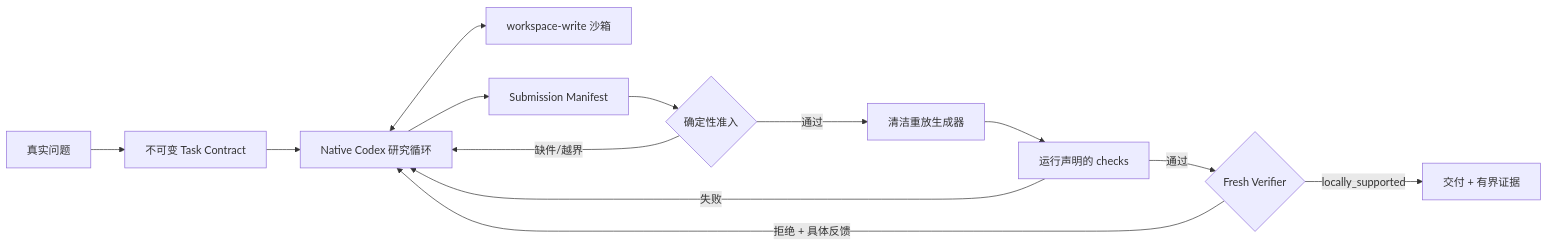
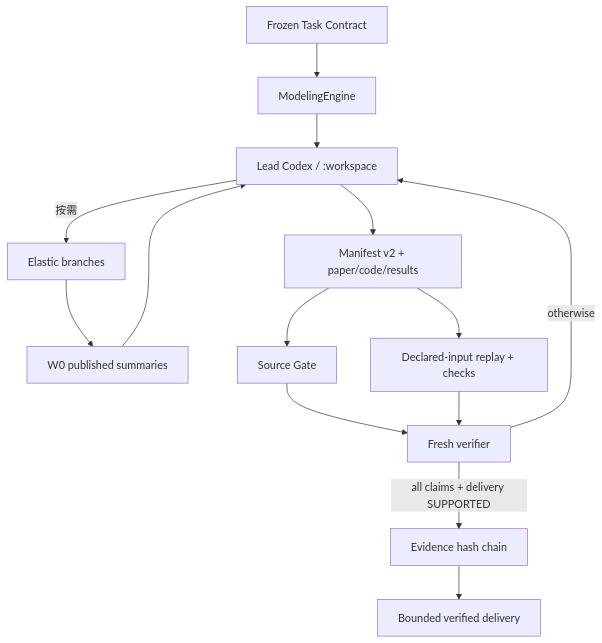
The diagram in docs/architecture/THIN_MODELING_AGENT.md (zx070326-hash/fma-trusted-modeling-agent), drawn with Mermaid before and after one commit. The commit also changed other lines of this file and 19 other files, not shown here.

Commit message:
Refactor THIN around open modeling and evidence authority

````diff
--- a/docs/architecture/THIN_MODELING_AGENT.md
+++ b/docs/architecture/THIN_MODELING_AGENT.md
@@ -25,15 +17,16 @@
 ```mermaid
-flowchart LR
-    U["真实问题"] --> C["不可变 Task Contract"]
-    C --> R["Native Codex 研究循环"]
-    R <--> W["workspace-write 沙箱"]
-    R --> M["Submission Manifest"]
-    M --> D{"确定性准入"}
-    D -->|"缺件/越界"| R
-    D -->|"通过"| P["清洁重放生成器"]
-    P --> K["运行声明的 checks"]
-    K -->|"失败"| R
-    K -->|"通过"| V{"Fresh Verifier"}
-    V -->|"拒绝 + 具体反馈"| R
-    V -->|"locally_supported"| E["交付 + 有界证据"]
+flowchart TD
+    T["Frozen Task Contract"] --> E["ModelingEngine"]
+    E --> L["Lead Codex / :workspace"]
+    L -->|"按需"| B["Elastic branches"]
+    B --> K["W0 published summaries"]
+    K --> L
+    L --> M["Manifest v2 + paper/code/results"]
+    M --> SG["Source Gate"]
+    M --> RP["Declared-input replay + checks"]
+    SG --> FV["Fresh verifier"]
+    RP --> FV
+    FV -->|"all claims + delivery SUPPORTED"| ES["Evidence hash chain"]
+    FV -->|"otherwise"| L
+    ES --> P["Bounded verified delivery"]
 ```
````
